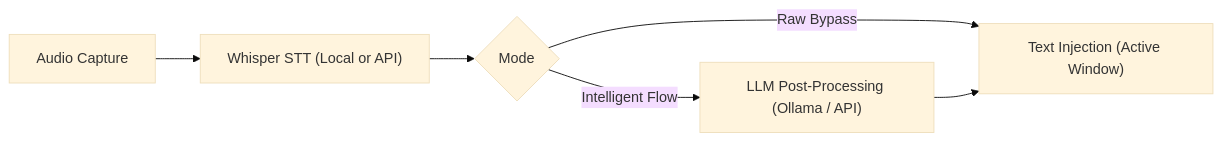
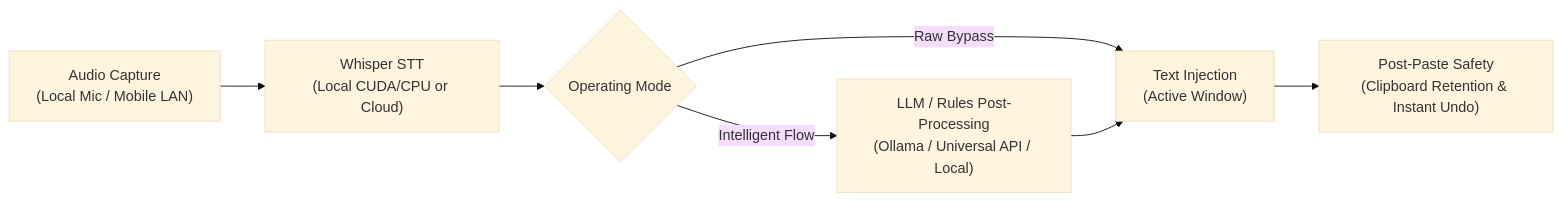
One commit to 4bearry/Velodictum changed the diagram in README.md. Above: the diagram before and after it, drawn with Mermaid (base theme). The commit also changed other lines of this file and 39 other files, not shown here.

````diff
--- a/README.md
+++ b/README.md
@@ -22,8 +24,9 @@
 ```mermaid
 flowchart LR
-    A["Audio Capture"] --> B["Whisper STT (Local or API)"]
-    B --> C{"Mode"}
-    C -->|Raw Bypass| E["Text Injection (Active Window)"]
-    C -->|Intelligent Flow| D["LLM Post-Processing (Ollama / API)"]
+    A["Audio Capture<br/>(Local Mic / Mobile LAN)"] --> B["Whisper STT<br/>(Local CUDA/CPU or Cloud)"]
+    B --> C{"Operating Mode"}
+    C -->|Raw Bypass| E["Text Injection<br/>(Active Window)"]
+    C -->|Intelligent Flow| D["LLM / Rules Post-Processing<br/>(Ollama / Universal API / Local)"]
     D --> E
+    E --> F["Post-Paste Safety<br/>(Clipboard Retention & Instant Undo)"]
 ```
````
